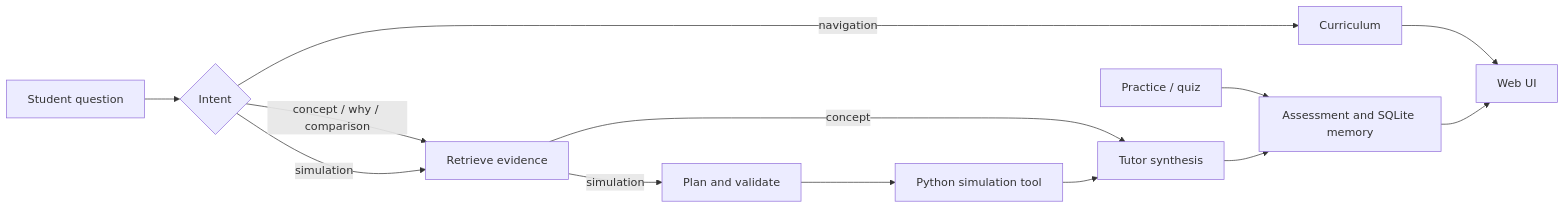
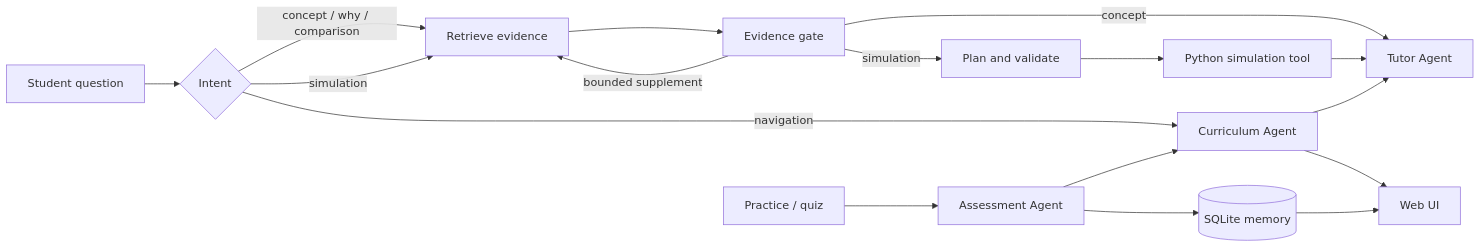
The diagram in README.md (JW35711/ai-tutor-for-stochastic-processes), drawn with Mermaid before and after one commit. The commit also changed other lines of this file and 47 other files, not shown here.

````diff
--- a/README.md
+++ b/README.md
@@ -102,15 +119,19 @@
 ```mermaid
 flowchart LR
     U[Student question] --> I{Intent}
-    I -->|navigation| C[Curriculum]
+    I -->|navigation| C[Curriculum Agent]
     I -->|concept / why / comparison| R[Retrieve evidence]
     I -->|simulation| R
-    R -->|concept| T[Tutor synthesis]
-    R -->|simulation| P[Plan and validate]
+    R --> E[Evidence gate]
+    E -->|bounded supplement| R
+    E -->|concept| T[Tutor Agent]
+    E -->|simulation| P[Plan and validate]
     P --> S[Python simulation tool]
     S --> T
-    QZ[Practice / quiz] --> A[Assessment and SQLite memory]
-    T --> A
+    QZ[Practice / quiz] --> A[Assessment Agent]
+    A --> C
+    A --> M[(SQLite memory)]
+    C --> T
     C --> UI[Web UI]
-    A --> UI
+    M --> UI
 ```
````
